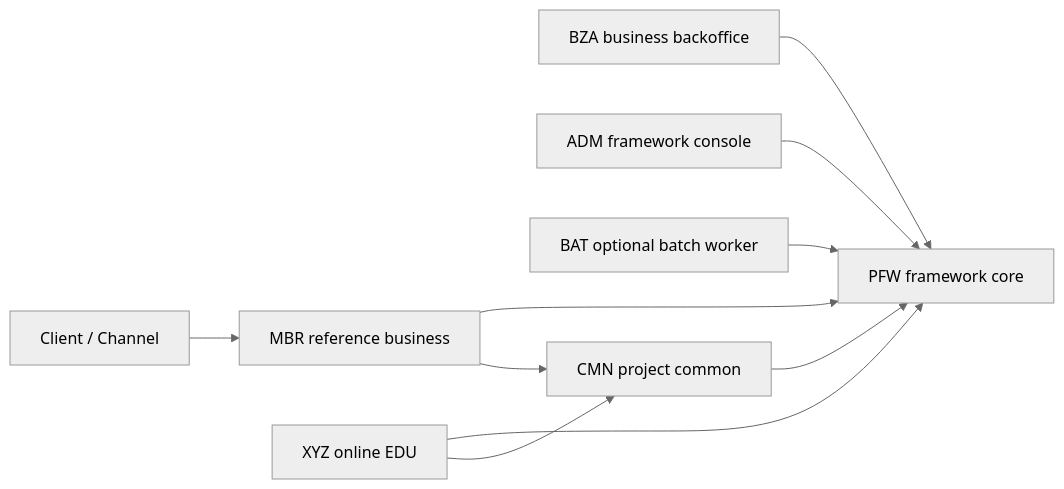
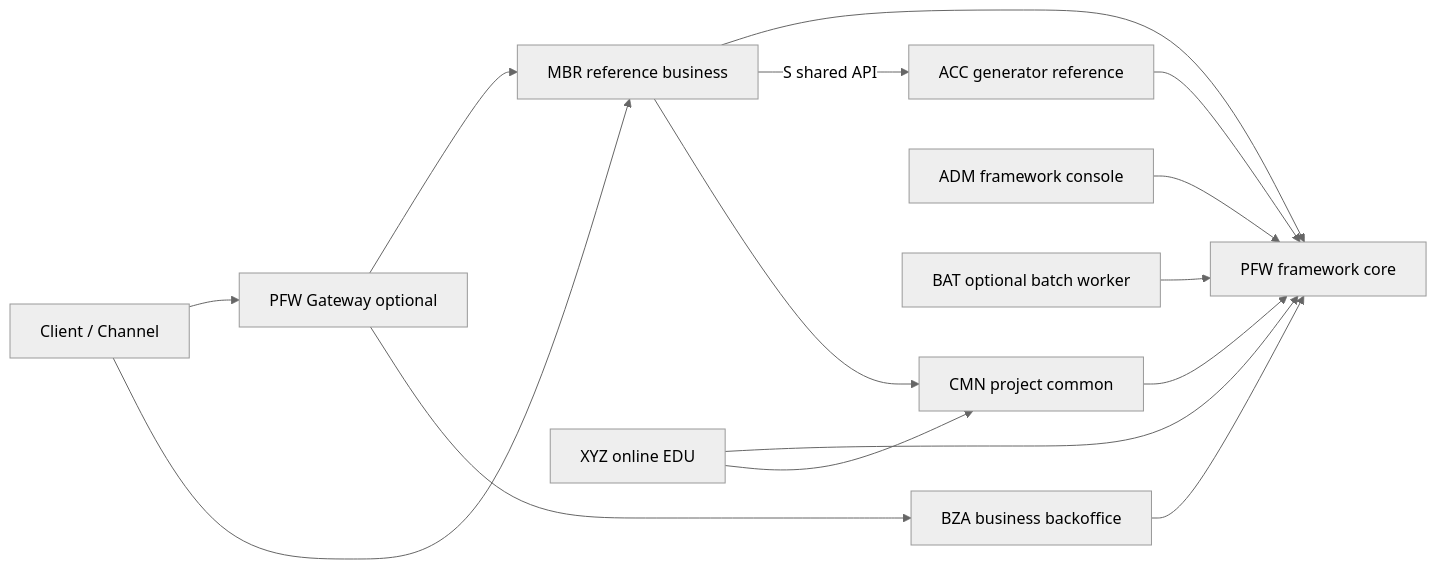
Before and after one commit to freeangelsun/202412_01_CPF: the diagram in README.md, drawn with Mermaid (neutral theme). The commit also changed other lines of this file and 311 other files, not shown here.

````diff
--- a/README.md
+++ b/README.md
@@ -9,12 +9,17 @@
 ```mermaid
 flowchart LR
-    Client[Client / Channel] --> MBR[MBR reference business]
+    Client[Client / Channel] --> Gateway[PFW Gateway optional]
+    Client --> MBR[MBR reference business]
+    Gateway --> MBR
+    Gateway --> BZA[BZA business backoffice]
     MBR --> PFW[PFW framework core]
-    BZA[BZA business backoffice] --> PFW
+    MBR -->|S shared API| ACC[ACC generator reference]
+    ACC --> PFW
+    BZA --> PFW
     ADM[ADM framework console] --> PFW
     XYZ[XYZ online EDU] --> PFW
     BAT[BAT optional batch worker] --> PFW
     XYZ --> CMN[CMN project common]
     MBR --> CMN
     CMN --> PFW
 ```
````
